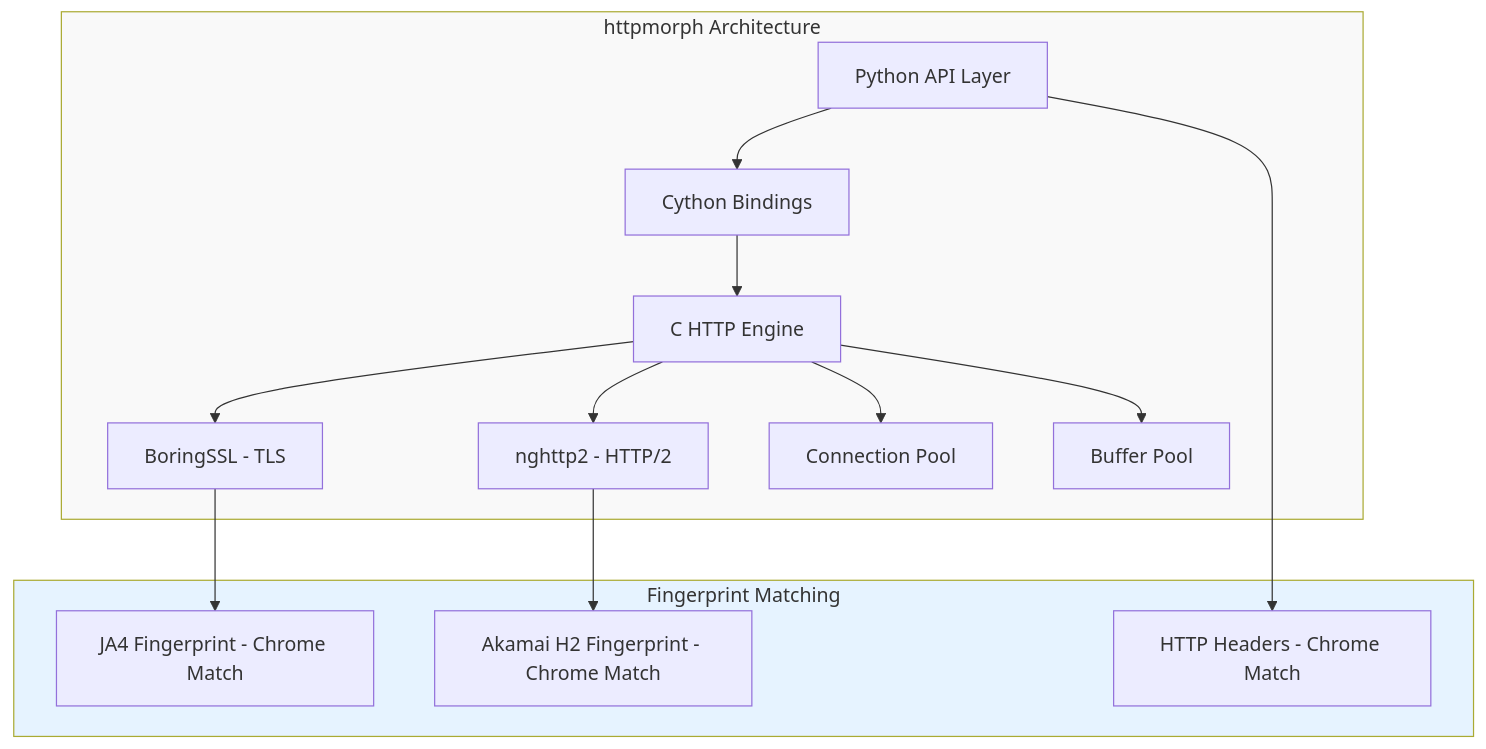
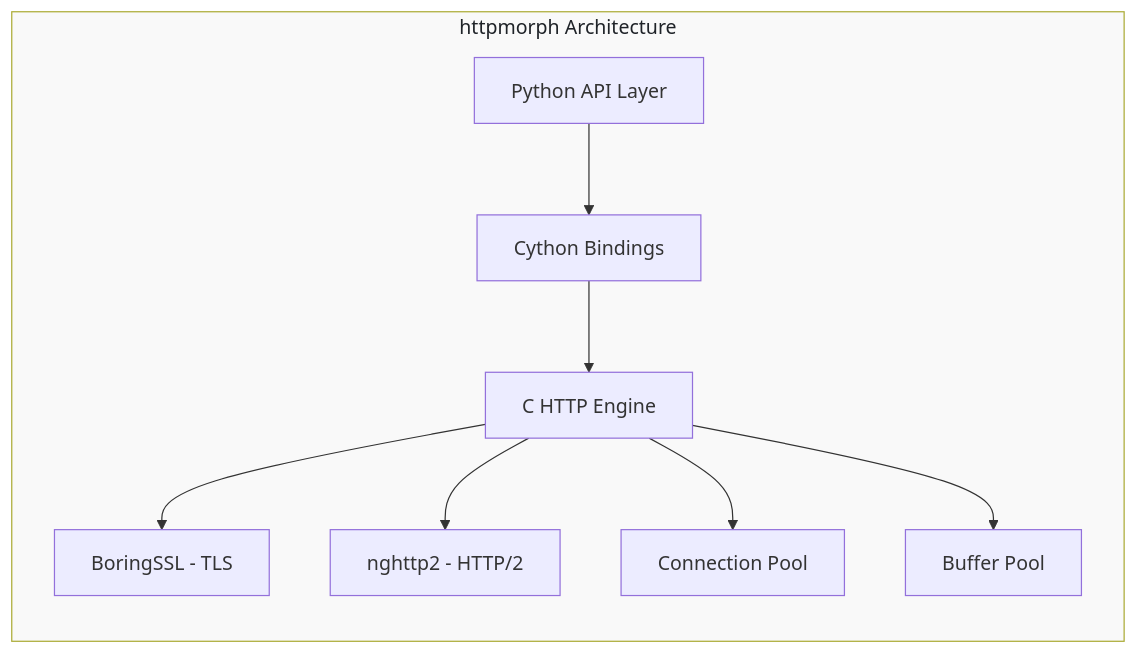
The second of 5 diagrams in _posts/2025-12-16-httpmorph-solving-tls-fingerprinting-with-a-c-native-python-http-client.md (bytetunnels/bytetunnels.github.com), drawn with Mermaid before and after one commit. The commit also changed other lines of this file and 118 other files, not shown here.

Commit message:
feat: improve diagram styling and compact wide flowcharts

````diff
--- a/_posts/2025-12-16-httpmorph-solving-tls-fingerprinting-with-a-c-native-python-http-client.md
+++ b/_posts/2025-12-16-httpmorph-solving-tls-fingerprinting-with-a-c-native-python-http-client.md
@@ -69,20 +69,14 @@
 ```mermaid
 graph TD
     subgraph HM["httpmorph Architecture"]
+        direction TB
         A["Python API Layer"] --> B["Cython Bindings"]
         B --> C["C HTTP Engine"]
         C --> D["BoringSSL - TLS"]
         C --> E["nghttp2 - HTTP/2"]
         C --> F["Connection Pool"]
         C --> G["Buffer Pool"]
     end
 
-    subgraph FP["Fingerprint Matching"]
-        D --> H["JA4 Fingerprint - Chrome Match"]
-        E --> I["Akamai H2 Fingerprint - Chrome Match"]
-        A --> J["HTTP Headers - Chrome Match"]
-    end
-
-    style HM fill:#f9f9f9
-    style FP fill:#e6f3ff
+    style HM fill:#f9f9f9,color:#1f2328
 ```
````
